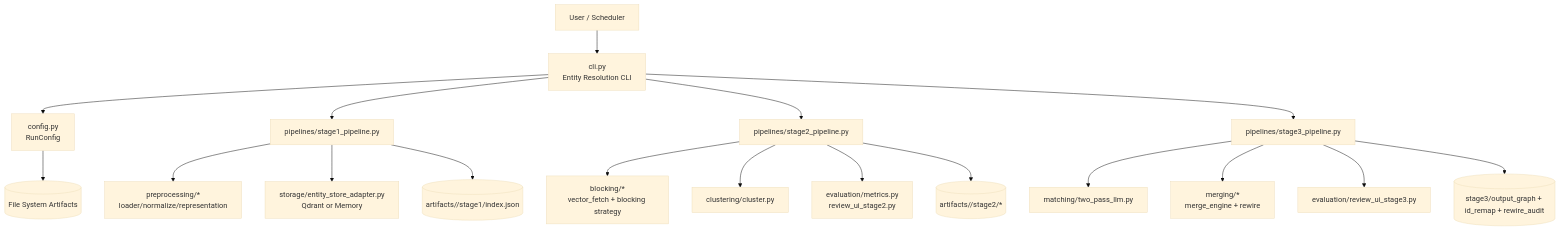
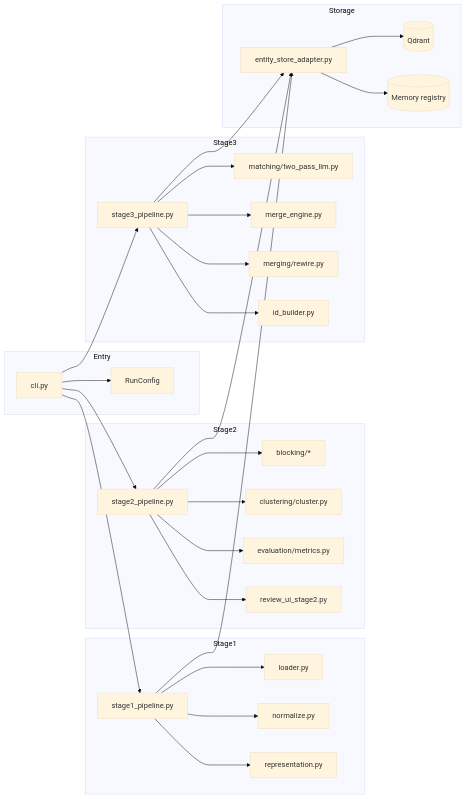
One commit to quyen20345/KGsAuto changed the second of 9 diagrams in services/entity_resolution/README.md. Above: the diagram before and after it, drawn with Mermaid (base theme). The commit also changed other lines of this file and 76 other files, not shown here.

````diff
--- a/services/entity_resolution/README.md
+++ b/services/entity_resolution/README.md
@@ -46,25 +135,61 @@
 ```mermaid
-flowchart TB
-    U[User / Scheduler] --> CLI[cli.py\nEntity Resolution CLI]
-    CLI --> CFG[config.py\nRunConfig]
+flowchart LR
+    subgraph Entry
+        CLI[cli.py]
+        CFG[RunConfig]
+    end
 
-    CLI --> S1[pipelines/stage1_pipeline.py]
-    CLI --> S2[pipelines/stage2_pipeline.py]
-    CLI --> S3[pipelines/stage3_pipeline.py]
+    subgraph Stage1
+        L1[loader.py]
+        N1[normalize.py]
+        R1[representation.py]
+        P1[stage1_pipeline.py]
+    end
 
-    S1 --> PRE[preprocessing/*\nloader/normalize/representation]
-    S1 --> STORE[storage/entity_store_adapter.py\nQdrant or Memory]
-    S1 --> A1[(artifacts/<run_id>/stage1/index.json)]
+    subgraph Stage2
+        B2[blocking/*]
+        C2[clustering/cluster.py]
+        M2[evaluation/metrics.py]
+        U2[review_ui_stage2.py]
+        P2[stage2_pipeline.py]
+    end
 
-    S2 --> BLK[blocking/*\nvector_fetch + blocking strategy]
-    S2 --> CLU[clustering/cluster.py]
-    S2 --> EVA[evaluation/metrics.py\nreview_ui_stage2.py]
-    S2 --> A2[(artifacts/<run_id>/stage2/*)]
+    subgraph Stage3
+        T3[matching/two_pass_llm.py]
+        G3[merge_engine.py]
+        W3[merging/rewire.py]
+        U3[id_builder.py]
+        P3[stage3_pipeline.py]
+    end
 
-    S3 --> MAT[matching/two_pass_llm.py]
-    S3 --> MER[merging/*\nmerge_engine + rewire]
-    S3 --> EVA3[evaluation/review_ui_stage3.py]
-    S3 --> OUT[(stage3/output_graph + id_remap + rewire_audit)]
+    subgraph Storage
+        VS[entity_store_adapter.py]
+        Q[(Qdrant)]
+        MEM[(Memory registry)]
+    end
 
-    CFG --> FS[(File System Artifacts)]
+    CLI --> CFG
+    CLI --> P1
+    CLI --> P2
+    CLI --> P3
+
+    P1 --> L1
+    P1 --> N1
+    P1 --> R1
+    P1 --> VS
+
+    P2 --> B2
+    P2 --> C2
+    P2 --> M2
+    P2 --> U2
+    P2 --> VS
+
+    P3 --> T3
+    P3 --> G3
+    P3 --> W3
+    P3 --> U3
+    P3 --> VS
+
+    VS --> Q
+    VS --> MEM
 ```
````
